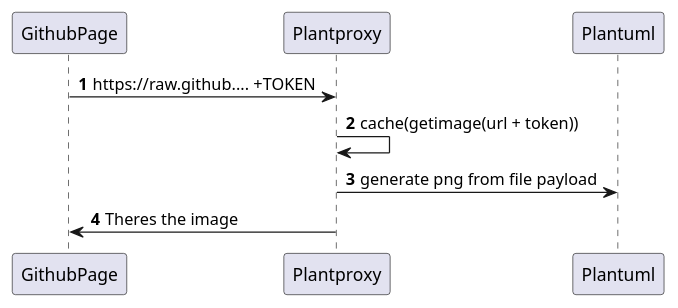
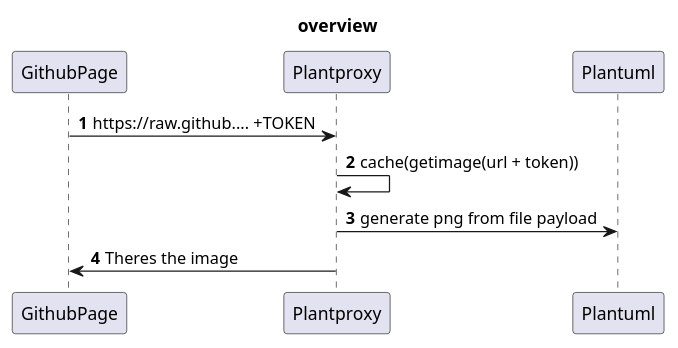
Before and after one commit to esl/plantproxy: the diagram in plantproxy/uml/overview.sequence.puml, drawn with PlantUML.

Commit message:
latest / cert-manager still not working

```diff
--- a/plantproxy/uml/overview.sequence.puml
+++ b/plantproxy/uml/overview.sequence.puml
@@ -1,14 +1,15 @@
 @startuml 
+
+title overview
 
 autonumber
 
 GithubPage -> Plantproxy : https://raw.github.... +TOKEN
-
 
 Plantproxy -> Plantproxy: cache(getimage(url + token))
 
 Plantproxy -> Plantuml : generate png from file payload
 
 Plantproxy -> GithubPage : Theres the image
 
 @enduml
```
